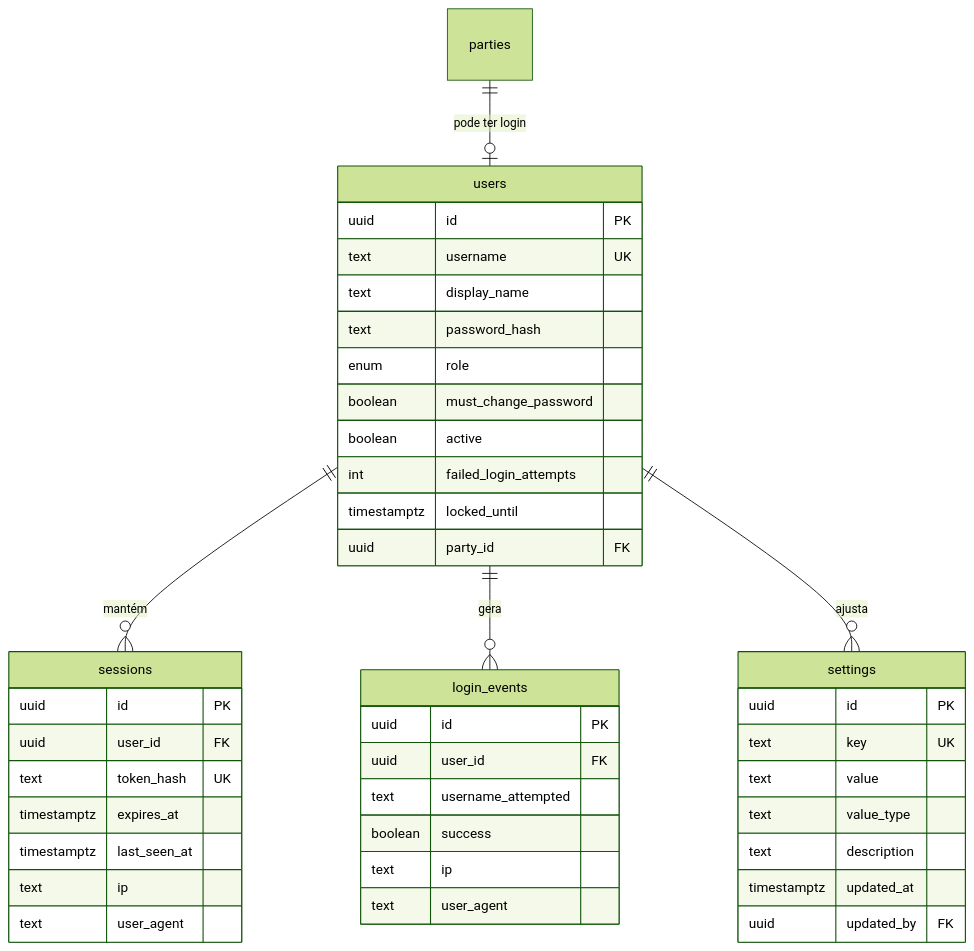
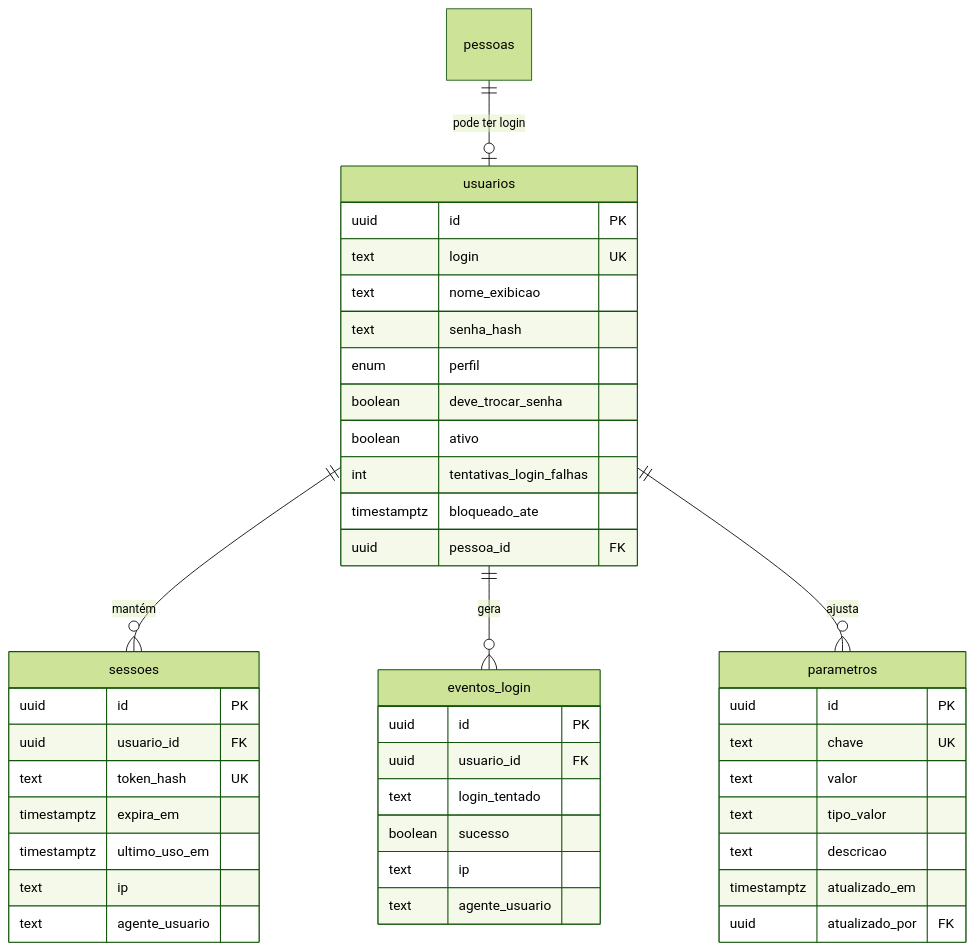
Before and after one commit to JoaoMudar/tcc: the second of 5 diagrams in docs/engenharia/C-modelagem/C6-modelo-entidade-relacionamento.md, drawn with Mermaid (forest theme). The commit also changed other lines of this file and 46 other files, not shown here.

````diff
--- a/docs/engenharia/C-modelagem/C6-modelo-entidade-relacionamento.md
+++ b/docs/engenharia/C-modelagem/C6-modelo-entidade-relacionamento.md
@@ -176,47 +176,47 @@
 ```mermaid
 erDiagram
-  users {
+  usuarios {
     uuid    id PK
-    text    username UK
-    text    display_name
-    text    password_hash
-    enum    role
-    boolean must_change_password
-    boolean active
-    int     failed_login_attempts
-    timestamptz locked_until
-    uuid    party_id FK
+    text    login UK
+    text    nome_exibicao
+    text    senha_hash
+    enum    perfil
+    boolean deve_trocar_senha
+    boolean ativo
+    int     tentativas_login_falhas
+    timestamptz bloqueado_ate
+    uuid    pessoa_id FK
   }
-  sessions {
+  sessoes {
     uuid id PK
-    uuid user_id FK
+    uuid usuario_id FK
     text token_hash UK
-    timestamptz expires_at
-    timestamptz last_seen_at
+    timestamptz expira_em
+    timestamptz ultimo_uso_em
     text ip
-    text user_agent
+    text agente_usuario
   }
-  login_events {
+  eventos_login {
     uuid id PK
-    uuid user_id FK
-    text username_attempted
-    boolean success
+    uuid usuario_id FK
+    text login_tentado
+    boolean sucesso
     text ip
-    text user_agent
+    text agente_usuario
   }
-  settings {
+  parametros {
     uuid id PK
-    text key UK
-    text value
-    text value_type
-    text description
-    timestamptz updated_at
-    uuid updated_by FK
+    text chave UK
+    text valor
+    text tipo_valor
+    text descricao
+    timestamptz atualizado_em
+    uuid atualizado_por FK
   }
-  parties {}
+  pessoas {}
 
-  users ||--o{ sessions     : "mantém"
-  users ||--o{ login_events : "gera"
-  users ||--o{ settings     : "ajusta"
-  parties ||--o| users : "pode ter login"
+  usuarios ||--o{ sessoes     : "mantém"
+  usuarios ||--o{ eventos_login : "gera"
+  usuarios ||--o{ parametros     : "ajusta"
+  pessoas ||--o| usuarios : "pode ter login"
 ```
````
